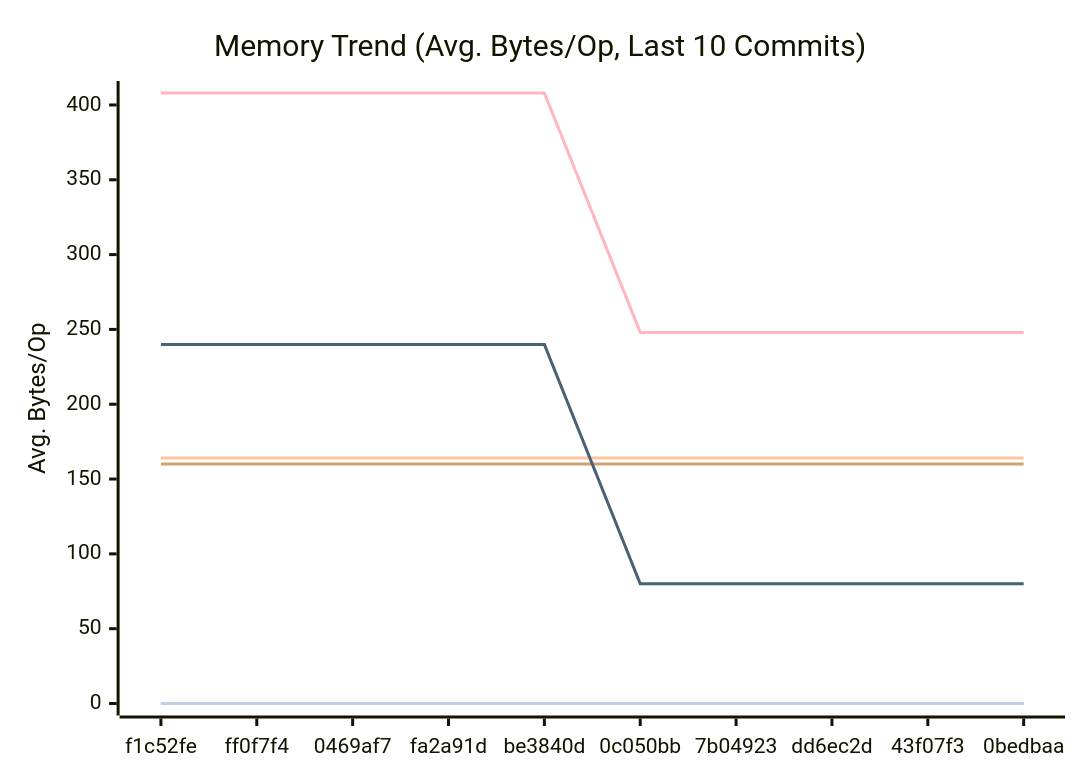
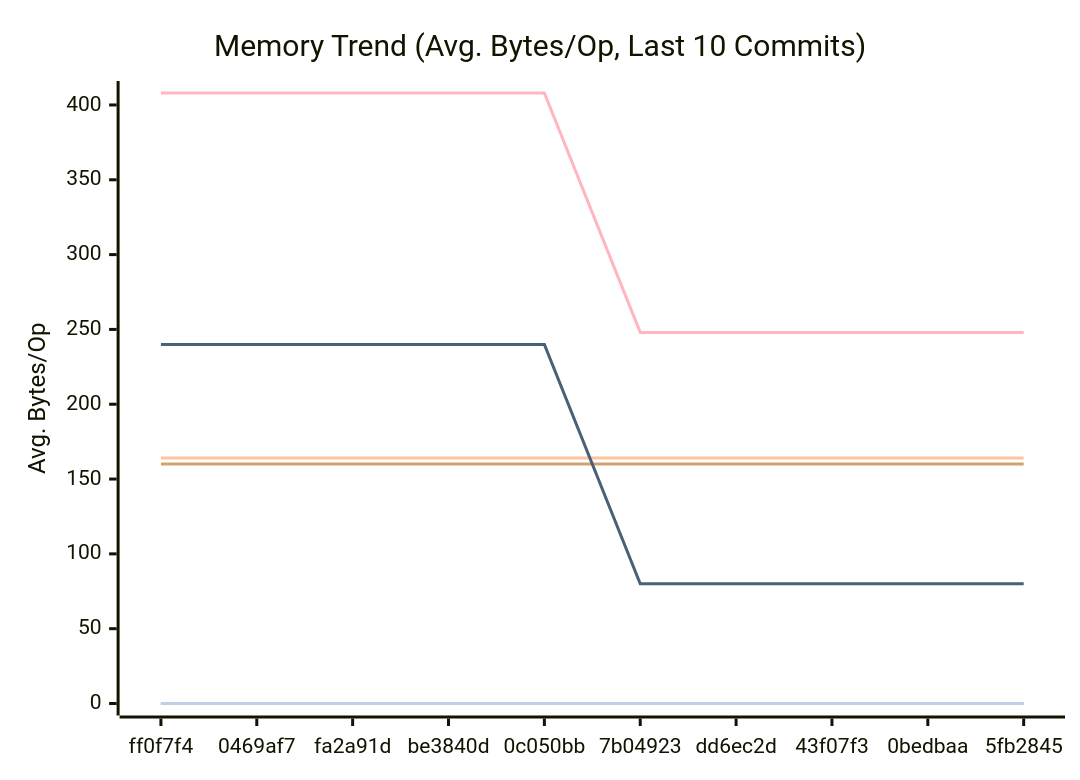
One commit to alsotoes/momo changed the second of 3 diagrams in docs/PERFORMANCE.md. Above: the diagram before and after it, drawn with Mermaid. The commit also changed other lines of this file and 3 other files, not shown here.

````diff
--- a/docs/PERFORMANCE.md
+++ b/docs/PERFORMANCE.md
@@ -97,16 +97,16 @@
 ```mermaid
 xychart-beta
     title "Memory Trend (Avg. Bytes/Op, Last 10 Commits)"
     x-axis "Commit"
     y-axis "Avg. Bytes/Op"
-    x-axis [f1c52fe,ff0f7f4,0469af7,fa2a91d,be3840d,0c050bb,7b04923,dd6ec2d,43f07f3,0bedbaa]
+    x-axis [ff0f7f4,0469af7,fa2a91d,be3840d,0c050bb,7b04923,dd6ec2d,43f07f3,0bedbaa,5fb2845]
     line "CheckMetricsAndSwap" [0,0,0,0,0,0,0,0,0,0]
     line "CrushOptimized" [0,0,0,0,0,0,0,0,0,0]
     line "CrushOriginal" [164,164,164,164,164,164,164,164,164,164]
     line "IndexDirectTracking" [0,0,0,0,0,0,0,0,0,0]
     line "IndexSearch" [0,0,0,0,0,0,0,0,0,0]
     line "LoadGlobalConfig" [160,160,160,160,160,160,160,160,160,160]
     line "PadString" [0,0,0,0,0,0,0,0,0,0]
     line "ParseReplicationOrder_NoPrealloc" [408,408,408,408,408,248,248,248,248,248]
     line "ParseReplicationOrder_Prealloc" [240,240,240,240,240,80,80,80,80,80]
 ```
````
